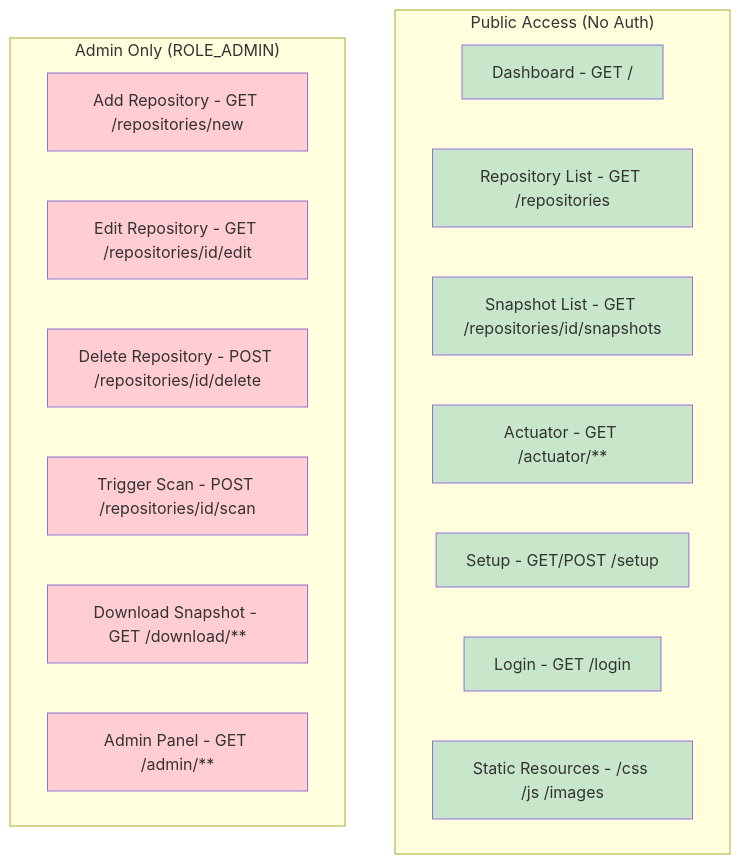
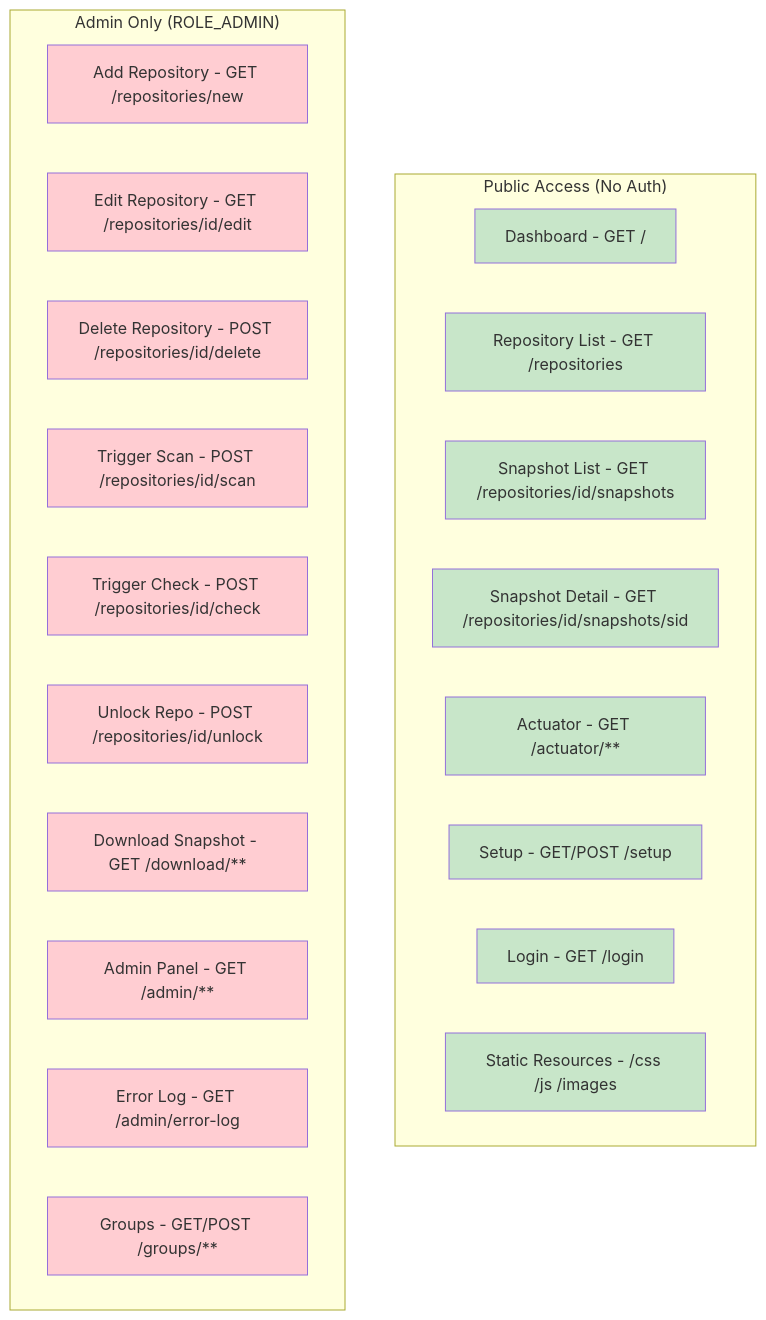
Before and after one commit to tmseidel/restic-explorer: the sixth of 9 diagrams in docs/ARCHITECTURE.md, drawn with Mermaid. The commit also changed other lines of this file and 2 other files, not shown here.

````diff
--- a/docs/ARCHITECTURE.md
+++ b/docs/ARCHITECTURE.md
@@ -185,35 +246,45 @@
 ```mermaid
 graph TD
     subgraph "Public Access (No Auth)"
-        A[Dashboard - GET /]
+        A[Dashboard - GET / ]
         B[Repository List - GET /repositories]
         C[Snapshot List - GET /repositories/id/snapshots]
+        C2[Snapshot Detail - GET /repositories/id/snapshots/sid]
         D[Actuator - GET /actuator/**]
         E[Setup - GET/POST /setup]
         F[Login - GET /login]
         G[Static Resources - /css /js /images]
     end
 
     subgraph "Admin Only (ROLE_ADMIN)"
         H[Add Repository - GET /repositories/new]
         I[Edit Repository - GET /repositories/id/edit]
         J[Delete Repository - POST /repositories/id/delete]
         K[Trigger Scan - POST /repositories/id/scan]
+        K2[Trigger Check - POST /repositories/id/check]
+        K3[Unlock Repo - POST /repositories/id/unlock]
         L[Download Snapshot - GET /download/**]
         M[Admin Panel - GET /admin/**]
+        M2[Error Log - GET /admin/error-log]
+        N[Groups - GET/POST /groups/**]
     end
 
     style A fill:#c8e6c9
     style B fill:#c8e6c9
     style C fill:#c8e6c9
+    style C2 fill:#c8e6c9
     style D fill:#c8e6c9
     style E fill:#c8e6c9
     style F fill:#c8e6c9
     style G fill:#c8e6c9
     style H fill:#ffcdd2
     style I fill:#ffcdd2
     style J fill:#ffcdd2
     style K fill:#ffcdd2
+    style K2 fill:#ffcdd2
+    style K3 fill:#ffcdd2
     style L fill:#ffcdd2
     style M fill:#ffcdd2
+    style M2 fill:#ffcdd2
+    style N fill:#ffcdd2
 ```
````
